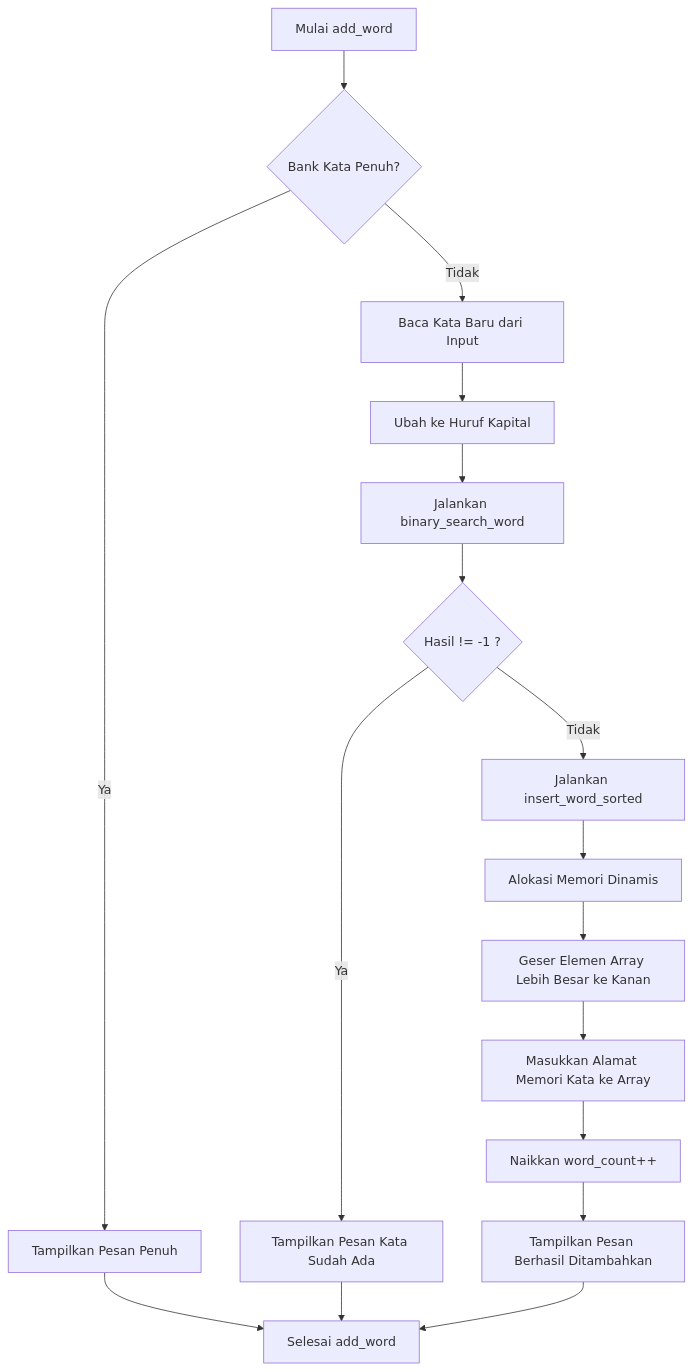
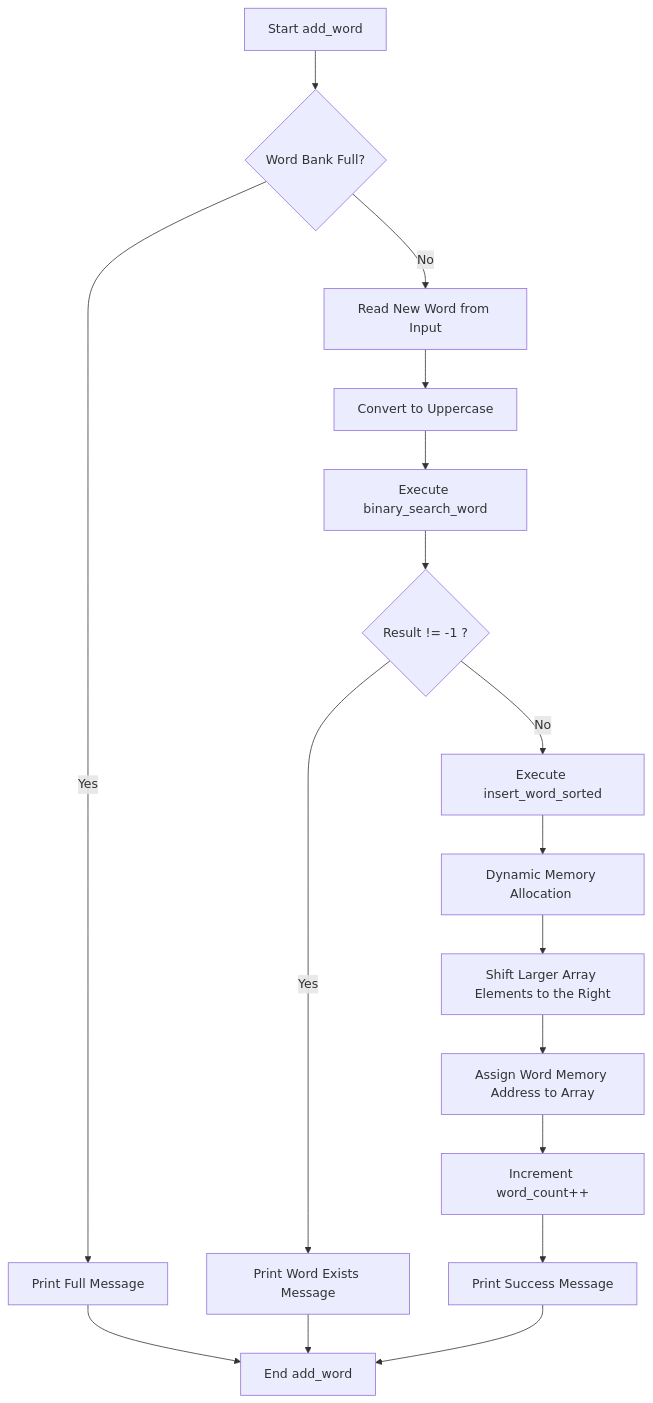
The fourth of 5 diagrams in README.md (bimaardhia/tebak-kata-robotika), drawn with Mermaid before and after one commit. The commit also changed other lines of this file and 1 other file, not shown here.

````diff
--- a/README.md
+++ b/README.md
@@ -141,20 +141,20 @@
 ```mermaid
 flowchart TD
-    Start[Mulai add_word] --> CheckLimit{Bank Kata Penuh?}
-    CheckLimit -->|Ya| PrintFull[Tampilkan Pesan Penuh] --> Selesai[Selesai add_word]
-    CheckLimit -->|Tidak| InputWord[Baca Kata Baru dari Input]
+    Start[Start add_word] --> CheckLimit{Word Bank Full?}
+    CheckLimit -->|Yes| PrintFull[Print Full Message] --> Selesai[End add_word]
+    CheckLimit -->|No| InputWord[Read New Word from Input]
 
-    InputWord --> Upper[Ubah ke Huruf Kapital]
-    Upper --> BinSearch[Jalankan binary_search_word]
+    InputWord --> Upper[Convert to Uppercase]
+    Upper --> BinSearch[Execute binary_search_word]
 
-    BinSearch --> CheckFound{Hasil != -1 ?}
-    CheckFound -->|Ya| PrintExist[Tampilkan Pesan Kata Sudah Ada] --> Selesai
-    CheckFound -->|Tidak| InsertSort[Jalankan insert_word_sorted]
+    BinSearch --> CheckFound{Result != -1 ?}
+    CheckFound -->|Yes| PrintExist[Print Word Exists Message] --> Selesai
+    CheckFound -->|No| InsertSort[Execute insert_word_sorted]
 
-    InsertSort --> Alloc[Alokasi Memori Dinamis <malloc>]
-    Alloc --> LoopShift[Geser Elemen Array Lebih Besar ke Kanan]
-    LoopShift --> Assign[Masukkan Alamat Memori Kata ke Array]
-    Assign --> IncCount[Naikkan word_count++]
+    InsertSort --> Alloc[Dynamic Memory Allocation <malloc>]
+    Alloc --> LoopShift[Shift Larger Array Elements to the Right]
+    LoopShift --> Assign[Assign Word Memory Address to Array]
+    Assign --> IncCount[Increment word_count++]
 
-    IncCount --> PrintSukses[Tampilkan Pesan Berhasil Ditambahkan] --> Selesai
+    IncCount --> PrintSukses[Print Success Message] --> Selesai
 ```
````
